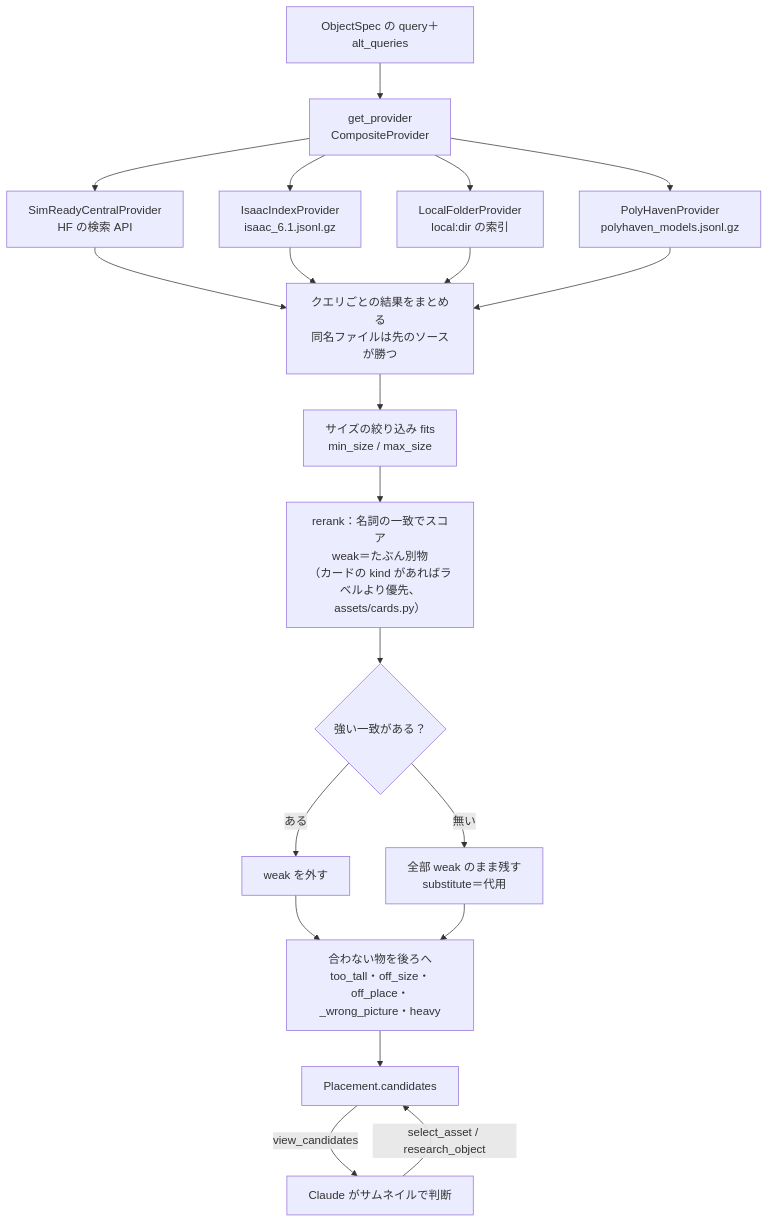
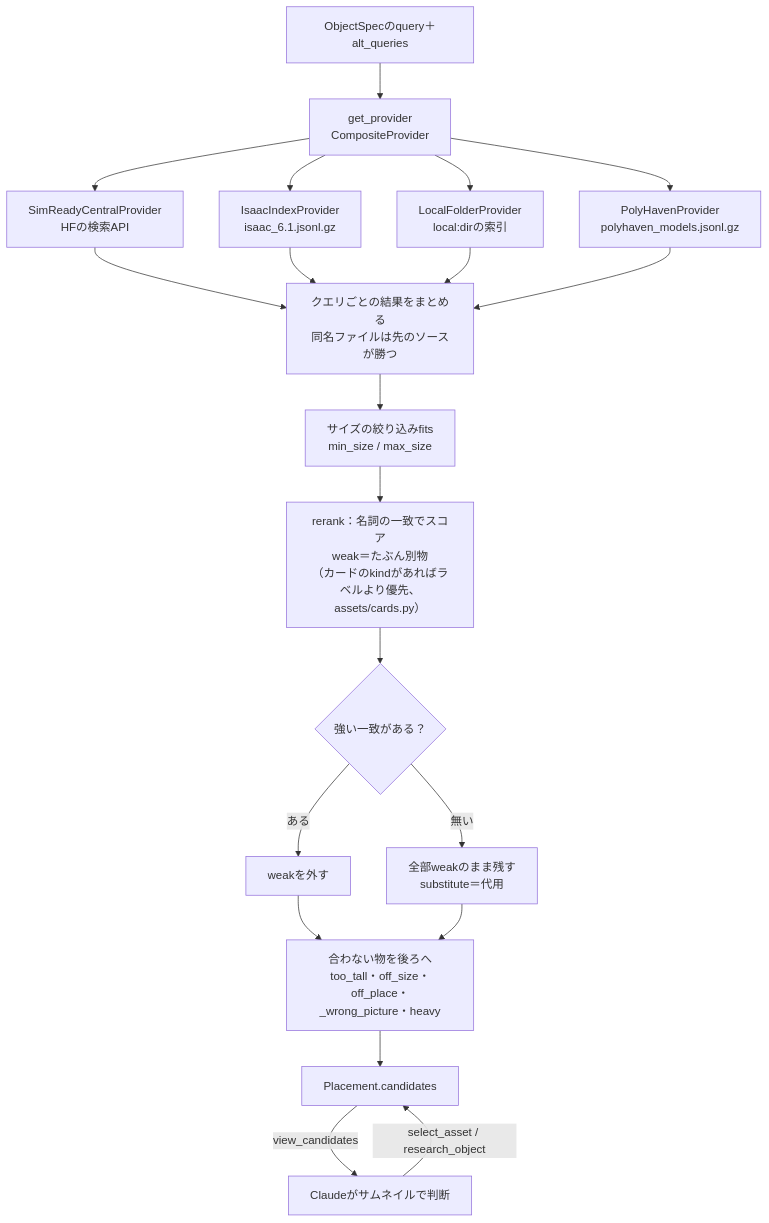
One commit to atinfinity/agentic-sim-world-gen changed the third of 9 diagrams in docs/architecture.md. Above: the diagram before and after it, drawn with Mermaid. The commit also changed other lines of this file and 4 other files, not shown here.

Commit message:
Japanese docs: drop half-width spaces between Japanese and ASCII in the mermaid diagrams too

````diff
--- a/docs/architecture.md
+++ b/docs/architecture.md
@@ -194,22 +194,22 @@
 ```mermaid
 flowchart TD
-    obj["ObjectSpec の query＋alt_queries"] --> prov["get_provider<br/>CompositeProvider"]
-    prov --> src1["SimReadyCentralProvider<br/>HF の検索 API"]
+    obj["ObjectSpecのquery＋alt_queries"] --> prov["get_provider<br/>CompositeProvider"]
+    prov --> src1["SimReadyCentralProvider<br/>HFの検索API"]
     prov --> src2["IsaacIndexProvider<br/>isaac_6.1.jsonl.gz"]
-    prov --> src3["LocalFolderProvider<br/>local:dir の索引"]
+    prov --> src3["LocalFolderProvider<br/>local:dirの索引"]
     prov --> src4["PolyHavenProvider<br/>polyhaven_models.jsonl.gz"]
     src1 --> merge["クエリごとの結果をまとめる<br/>同名ファイルは先のソースが勝つ"]
     src2 --> merge
     src3 --> merge
     src4 --> merge
-    merge --> size["サイズの絞り込み fits<br/>min_size / max_size"]
-    size --> rr["rerank：名詞の一致でスコア<br/>weak＝たぶん別物<br/>（カードの kind があればラベルより優先、assets/cards.py）"]
+    merge --> size["サイズの絞り込みfits<br/>min_size / max_size"]
+    size --> rr["rerank：名詞の一致でスコア<br/>weak＝たぶん別物<br/>（カードのkindがあればラベルより優先、assets/cards.py）"]
     rr --> drop{"強い一致がある？"}
-    drop -->|"ある"| keep["weak を外す"]
-    drop -->|"無い"| sub["全部 weak のまま残す<br/>substitute＝代用"]
+    drop -->|"ある"| keep["weakを外す"]
+    drop -->|"無い"| sub["全部weakのまま残す<br/>substitute＝代用"]
     keep --> order["合わない物を後ろへ<br/>too_tall・off_size・off_place・_wrong_picture・heavy"]
     sub --> order
     order --> cands["Placement.candidates"]
-    cands -->|"view_candidates"| img["Claude がサムネイルで判断"]
+    cands -->|"view_candidates"| img["Claudeがサムネイルで判断"]
     img -->|"select_asset / research_object"| cands
 ```
````
